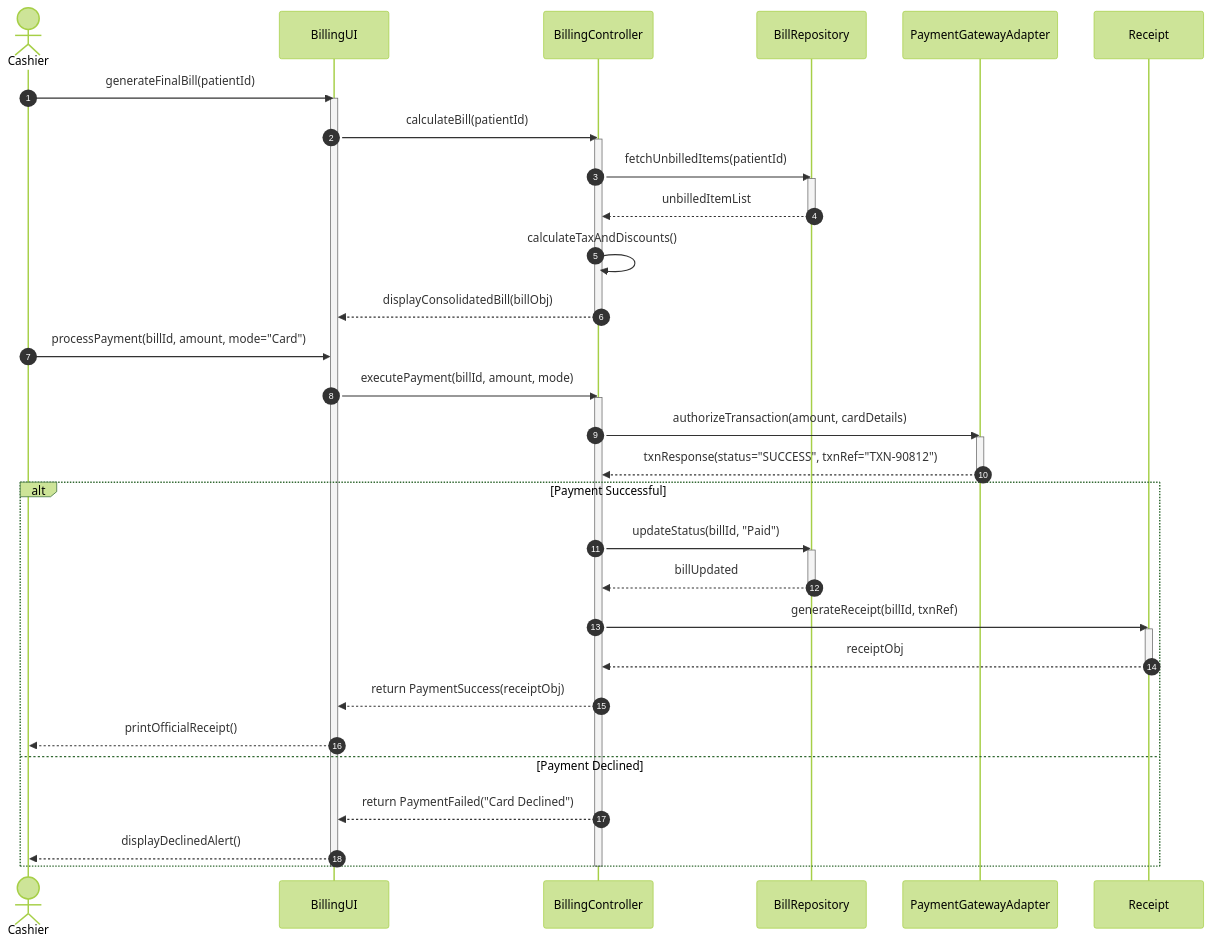
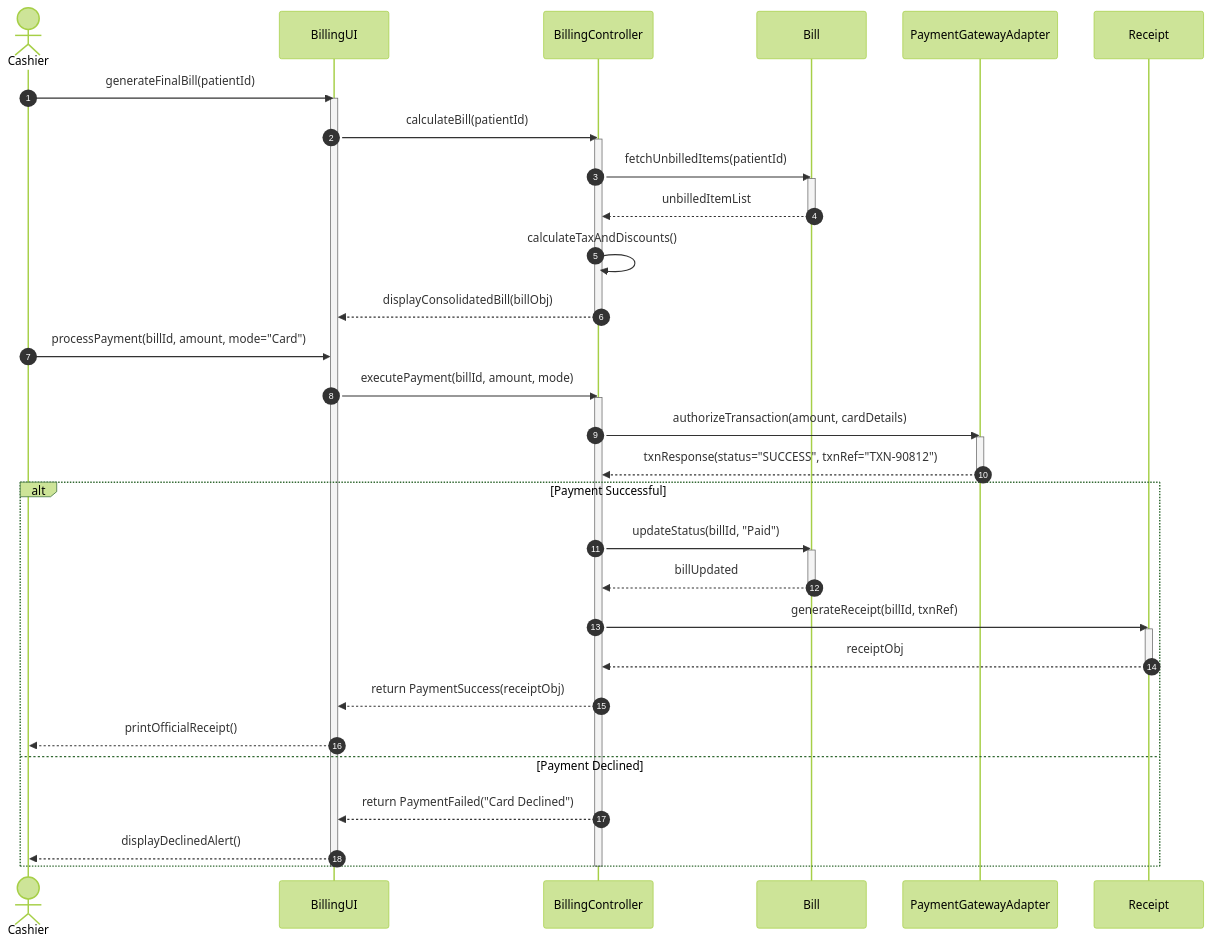
Before and after one commit to saipraveen-k/Smart-Hospital-Management-System---UML: the diagram in experiment-06/detailed-sequence-diagrams/dsd-07-billing-and-payment.mmd, drawn with Mermaid (forest theme). The commit also changed 11 other files, not shown here.

Commit message:
docs: add actor definitions, use case diagrams, and detailed sequence diagrams for the Smart Hospital Management System.

```diff
--- a/experiment-06/detailed-sequence-diagrams/dsd-07-billing-and-payment.mmd
+++ b/experiment-06/detailed-sequence-diagrams/dsd-07-billing-and-payment.mmd
@@ -1,45 +1,45 @@
 sequenceDiagram
     autonumber
     actor Cashier as Cashier
     participant UI as BillingUI
     participant Ctrl as BillingController
-    participant BillRepo as BillRepository
+    participant BillEntity as Bill
     participant Gateway as PaymentGatewayAdapter
     participant ReceiptEntity as Receipt
 
     Cashier->>UI: generateFinalBill(patientId)
     activate UI
     UI->>Ctrl: calculateBill(patientId)
     activate Ctrl
-    Ctrl->>BillRepo: fetchUnbilledItems(patientId)
-    activate BillRepo
-    BillRepo-->>Ctrl: unbilledItemList
-    deactivate BillRepo
+    Ctrl->>BillEntity: fetchUnbilledItems(patientId)
+    activate BillEntity
+    BillEntity-->>Ctrl: unbilledItemList
+    deactivate BillEntity
     Ctrl->>Ctrl: calculateTaxAndDiscounts()
     Ctrl-->>UI: displayConsolidatedBill(billObj)
     deactivate Ctrl
 
     Cashier->>UI: processPayment(billId, amount, mode="Card")
     UI->>Ctrl: executePayment(billId, amount, mode)
     activate Ctrl
     Ctrl->>Gateway: authorizeTransaction(amount, cardDetails)
     activate Gateway
     Gateway-->>Ctrl: txnResponse(status="SUCCESS", txnRef="TXN-90812")
     deactivate Gateway
     alt Payment Successful
-        Ctrl->>BillRepo: updateStatus(billId, "Paid")
-        activate BillRepo
-        BillRepo-->>Ctrl: billUpdated
-        deactivate BillRepo
+        Ctrl->>BillEntity: updateStatus(billId, "Paid")
+        activate BillEntity
+        BillEntity-->>Ctrl: billUpdated
+        deactivate BillEntity
         Ctrl->>ReceiptEntity: generateReceipt(billId, txnRef)
         activate ReceiptEntity
         ReceiptEntity-->>Ctrl: receiptObj
         deactivate ReceiptEntity
         Ctrl-->>UI: return PaymentSuccess(receiptObj)
         UI-->>Cashier: printOfficialReceipt()
     else Payment Declined
         Ctrl-->>UI: return PaymentFailed("Card Declined")
         UI-->>Cashier: displayDeclinedAlert()
     end
     deactivate Ctrl
     deactivate UI
```
